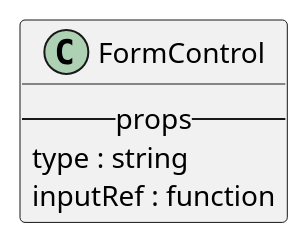
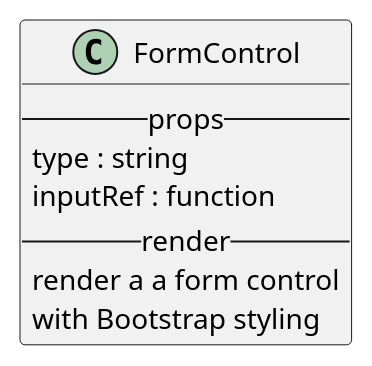
The diagram in react/bootstrap/formcontrol.iuml (M9k/Marvin-Uml), drawn with PlantUML before and after one commit. The commit also changed 10 other files, not shown here.

```diff
--- a/react/bootstrap/formcontrol.iuml
+++ b/react/bootstrap/formcontrol.iuml
@@ -1,5 +1,8 @@
 class FormControl{
     --props--
          type : string
          inputRef : function
+    --render--
+        render a a form control
+        with Bootstrap styling
 }
```
